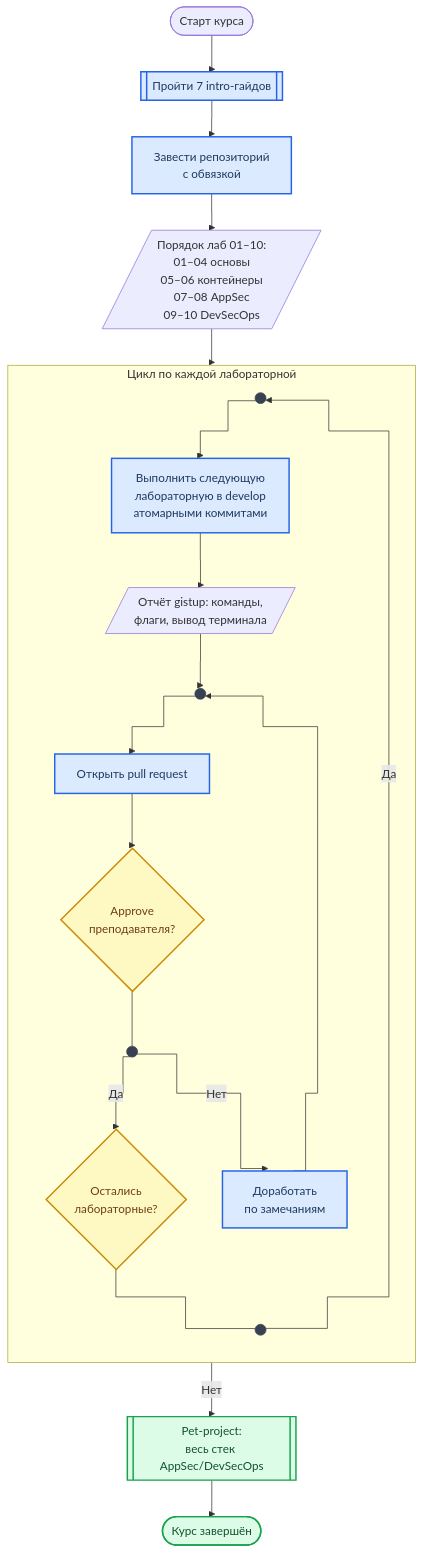
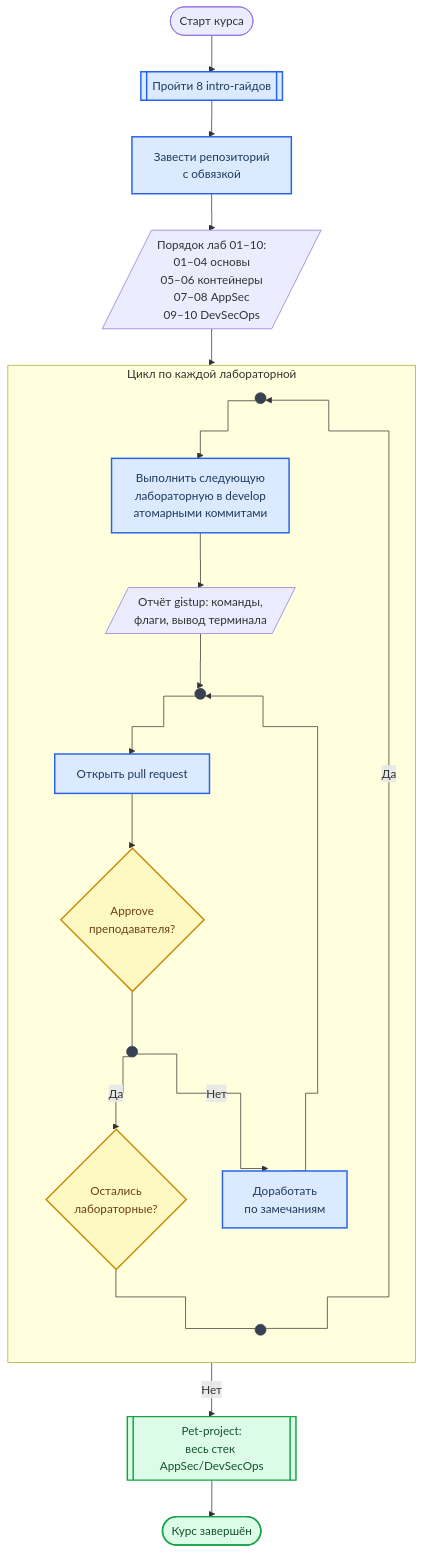
One commit to geminishkv/course_labs changed the first of 3 diagrams in README.md. Above: the diagram before and after it, drawn with Mermaid. The commit also changed other lines of this file and 8 other files, not shown here.

First line of the commit message:
docs(guides): add a Dockerfile guide as the eighth intro guide

````diff
--- a/README.md
+++ b/README.md
@@ -70,56 +71,56 @@
 ```mermaid
 %%{init: {"flowchart": {"curve": "step"}}}%%
 flowchart TB
     accTitle: Маршрут прохождения курса
-    accDescr: Курс начинается с семи intro-гайдов и репозитория с обвязкой, затем идёт цикл по десяти лабораторным: работа атомарными коммитами в develop, отчёт gistup, pull request и approve преподавателя с доработкой при отказе; после лабораторных — pet-project и завершение курса.
+    accDescr: Курс начинается с восьми intro-гайдов и репозитория с обвязкой, затем идёт цикл по десяти лабораторным: работа атомарными коммитами в develop, отчёт gistup, pull request и approve преподавателя с доработкой при отказе; после лабораторных — pet-project и завершение курса.
 
     course_start([Старт курса])
-    prep_guides[[Пройти 7 intro-гайдов]]
+    prep_guides[[Пройти 8 intro-гайдов]]
     repo_scaffold["Завести репозиторий<br/>с обвязкой"]
     lab_order[/"Порядок лаб 01–10:<br/>01–04 основы<br/>05–06 контейнеры<br/>07–08 AppSec<br/>09–10 DevSecOps"/]
 
     subgraph lab_cycle [Цикл по каждой лабораторной]
         direction TB
         next_join((" "))
         lab_work["Выполнить следующую<br/>лабораторную в develop<br/>атомарными коммитами"]
         lab_report[/"Отчёт gistup: команды,<br/>флаги, вывод терминала"/]
         pr_join((" "))
         lab_pr[Открыть pull request]
         review_gate{"Approve<br/>преподавателя?"}
         review_fork((" "))
         lab_rework["Доработать<br/>по замечаниям"]
         labs_left{"Остались<br/>лабораторные?"}
         labs_fork((" "))
     end
 
     pet_project[["Pet-project:<br/>весь стек AppSec/DevSecOps"]]
     course_end([Курс завершён])
 
     course_start --> prep_guides
     prep_guides --> repo_scaffold
     repo_scaffold --> lab_order
     lab_order --> next_join
     next_join --> lab_work
     lab_work --> lab_report
     lab_report --> pr_join
     pr_join --> lab_pr
     lab_pr --> review_gate
     review_gate --- review_fork
     review_fork -->|Да| labs_left
     review_fork -->|Нет| lab_rework
     lab_rework --> pr_join
     labs_left --- labs_fork
     labs_fork -->|Да| next_join
     labs_fork -->|Нет| pet_project
     pet_project --> course_end
 
     classDef junction fill:#374151,stroke:#374151,stroke-width:1px,color:#374151,font-size:1px
     classDef stage fill:#dbeafe,stroke:#2563eb,stroke-width:2px,color:#1e3a5f
     classDef gate fill:#fef9c3,stroke:#ca8a04,stroke-width:2px,color:#713f12
     classDef done fill:#dcfce7,stroke:#16a34a,stroke-width:2px,color:#14532d
 
     class next_join,pr_join,review_fork,labs_fork junction
     class prep_guides,repo_scaffold,lab_work,lab_pr,lab_rework stage
     class review_gate,labs_left gate
     class pet_project,course_end done
 ```
````
